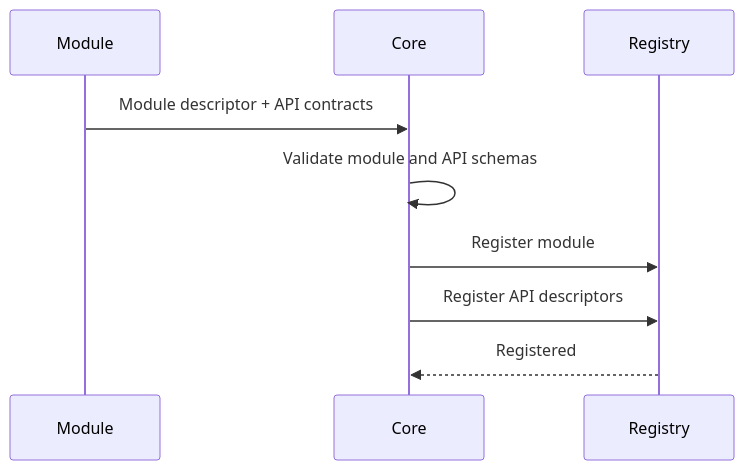
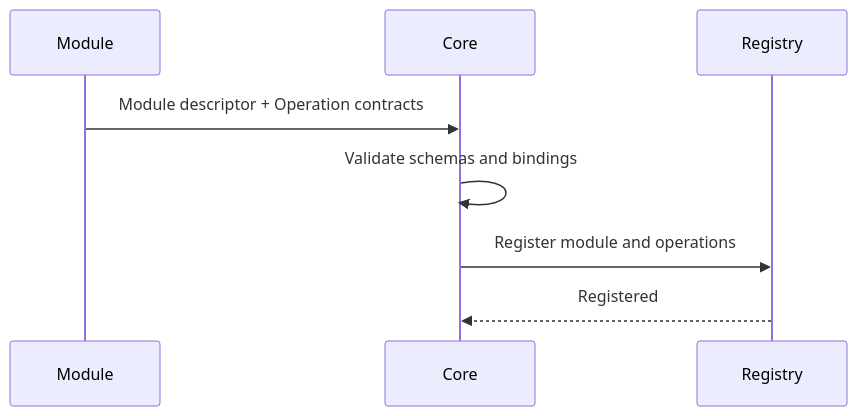
One commit to eventide-manafield/manafield changed the diagram in docs/kr/module-protocol.md. Above: the diagram before and after it, drawn with Mermaid. The commit also changed other lines of this file, not shown here.

Commit message:
docs: define transport-neutral operation contracts

````diff
--- a/docs/kr/module-protocol.md
+++ b/docs/kr/module-protocol.md
@@ -103,12 +140,11 @@
 ```mermaid
 sequenceDiagram
     participant Module
     participant Core
     participant Registry
 
-    Module->>Core: Module descriptor + API contracts
-    Core->>Core: Validate module and API schemas
-    Core->>Registry: Register module
-    Core->>Registry: Register API descriptors
+    Module->>Core: Module descriptor + Operation contracts
+    Core->>Core: Validate schemas and bindings
+    Core->>Registry: Register module and operations
     Registry-->>Core: Registered
 ```
````
